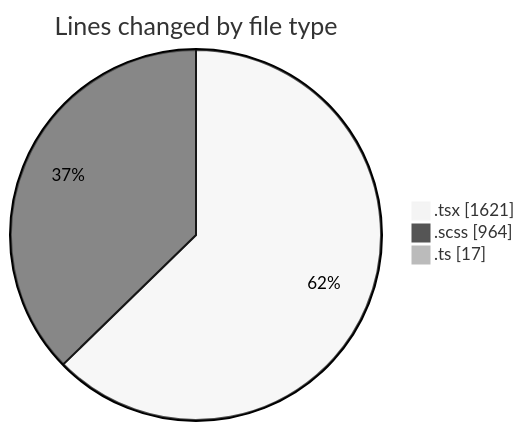
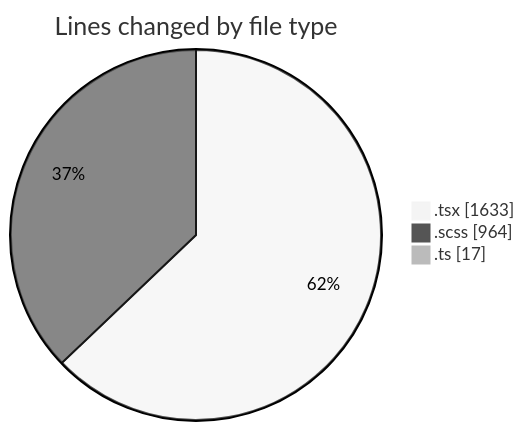
The first of 2 diagrams in 2025-09-19/cda/README.md (momahboobian/code-tracking), drawn with Mermaid (neutral theme) before and after one commit. The commit also changed other lines of this file and 1 other file, not shown here.

````diff
--- a/2025-09-19/cda/README.md
+++ b/2025-09-19/cda/README.md
@@ -26,7 +26,7 @@
 ```mermaid
 pie showData
 title Lines changed by file type
-".tsx" : 1621
+".tsx" : 1633
 ".scss" : 964
 ".ts" : 17
 ```
````
